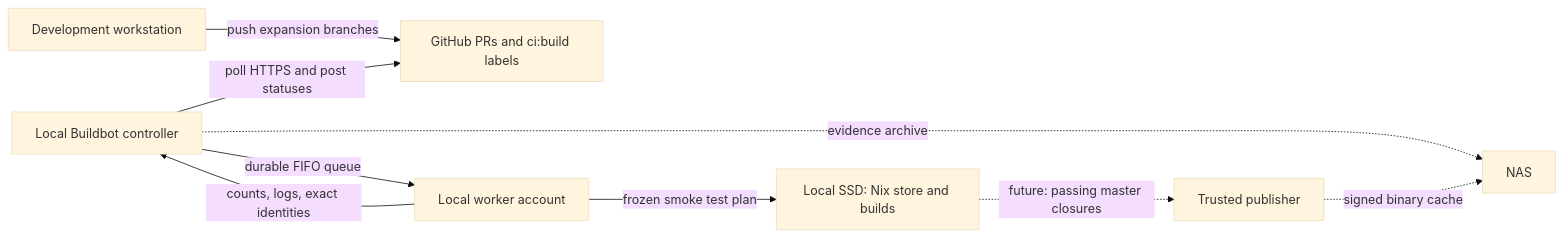
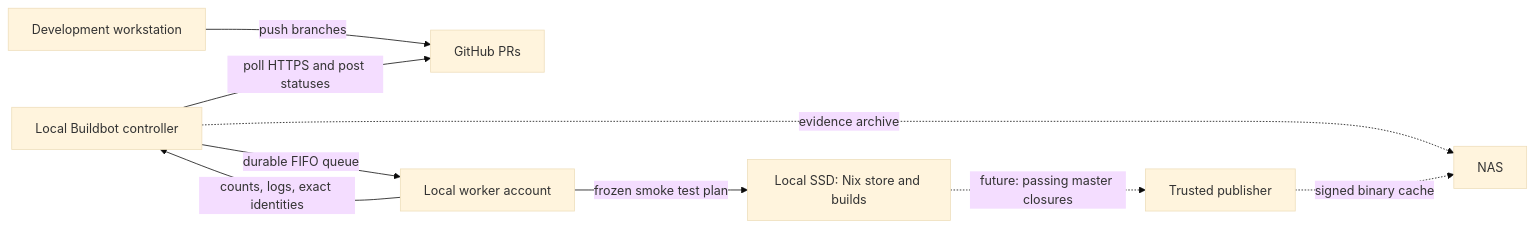
Before and after one commit to trayanr/tvp: the diagram in ci/ARCHITECTURE.md, drawn with Mermaid (base theme). The commit also changed other lines of this file and 246 other files, not shown here.

````diff
--- a/ci/ARCHITECTURE.md
+++ b/ci/ARCHITECTURE.md
@@ -24,11 +26,11 @@
 ```mermaid
 flowchart LR
-    developer[Development workstation] -->|push expansion branches| github[GitHub PRs and ci:build labels]
+    developer[Development workstation] -->|push branches| github[GitHub PRs]
     controller[Local Buildbot controller] -->|poll HTTPS and post statuses| github
     controller -->|durable FIFO queue| worker[Local worker account]
     worker -->|frozen smoke test plan| store[Local SSD: Nix store and builds]
     worker -->|counts, logs, exact identities| controller
     controller -. evidence archive .-> nas[NAS]
     store -. future: passing master closures .-> publisher[Trusted publisher]
     publisher -. signed binary cache .-> nas
 ```
````
